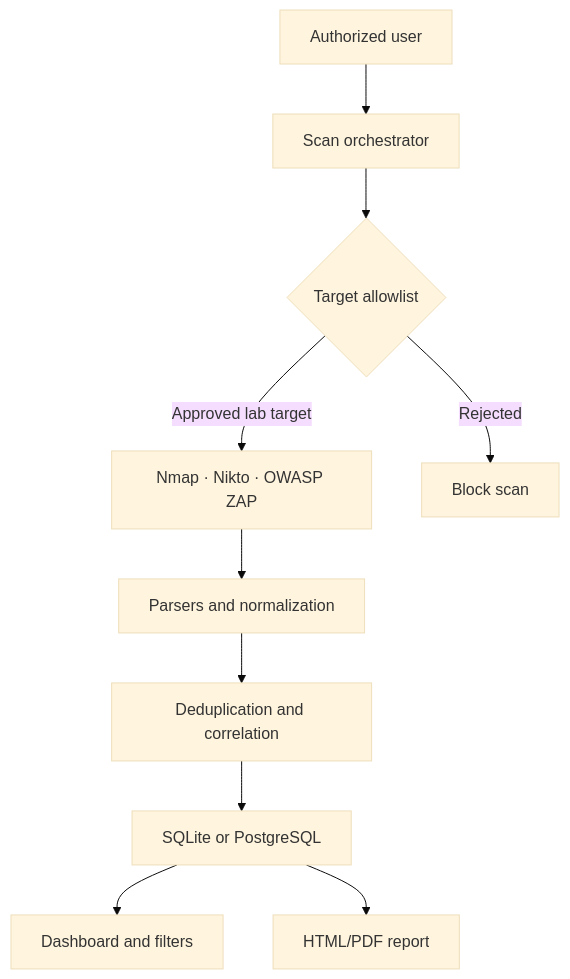
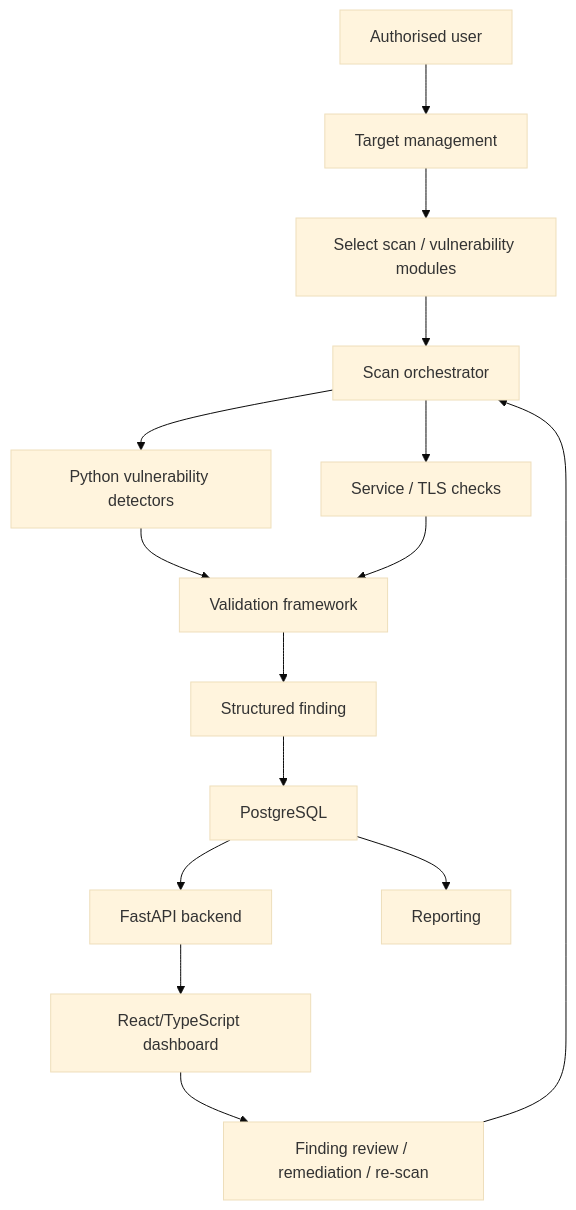
One commit to sparshbasnet/VulnVista changed the diagram in README.md. Above: the diagram before and after it, drawn with Mermaid (base theme). The commit also changed other lines of this file and 4 other files, not shown here.

````diff
--- a/README.md
+++ b/README.md
@@ -63,12 +37,17 @@
 ```mermaid
 flowchart TD
-    U["Authorized user"] --> O["Scan orchestrator"]
-    O --> G{"Target allowlist"}
-    G -->|Approved lab target| T["Nmap · Nikto · OWASP ZAP"]
-    G -->|Rejected| X["Block scan"]
-    T --> N["Parsers and normalization"]
-    N --> D["Deduplication and correlation"]
-    D --> S["SQLite or PostgreSQL"]
-    S --> V["Dashboard and filters"]
-    S --> R["HTML/PDF report"]
+    U["Authorised user"] --> TM["Target management"]
+    TM --> SEL["Select scan / vulnerability modules"]
+    SEL --> O["Scan orchestrator"]
+    O --> PD["Python vulnerability detectors"]
+    O --> TC["Service / TLS checks"]
+    PD --> V["Validation framework"]
+    TC --> V
+    V --> F["Structured finding"]
+    F --> DB["PostgreSQL"]
+    DB --> API["FastAPI backend"]
+    DB --> R["Reporting"]
+    API --> D["React/TypeScript dashboard"]
+    D --> RM["Finding review / remediation / re-scan"]
+    RM --> O
 ```
````
